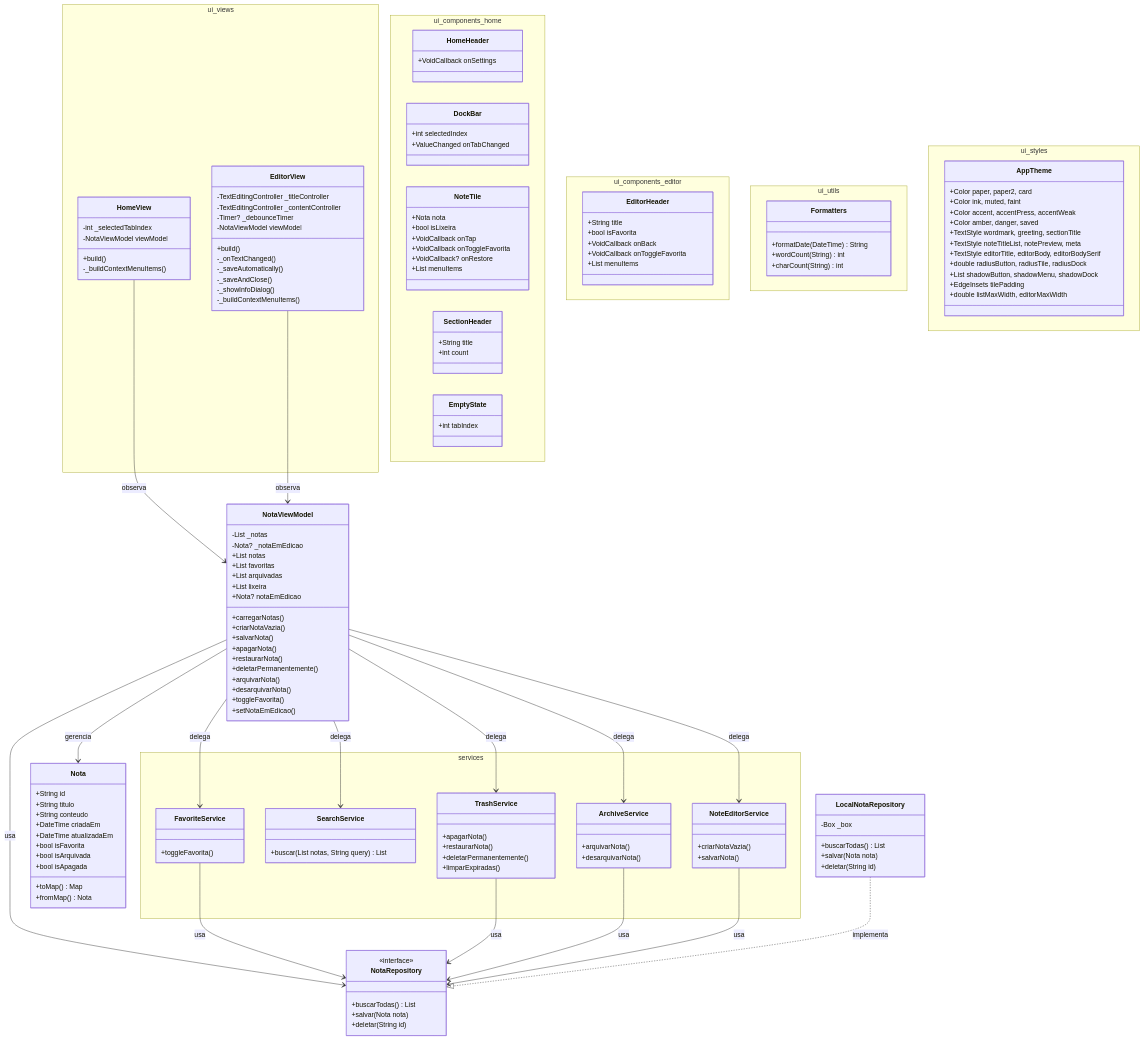
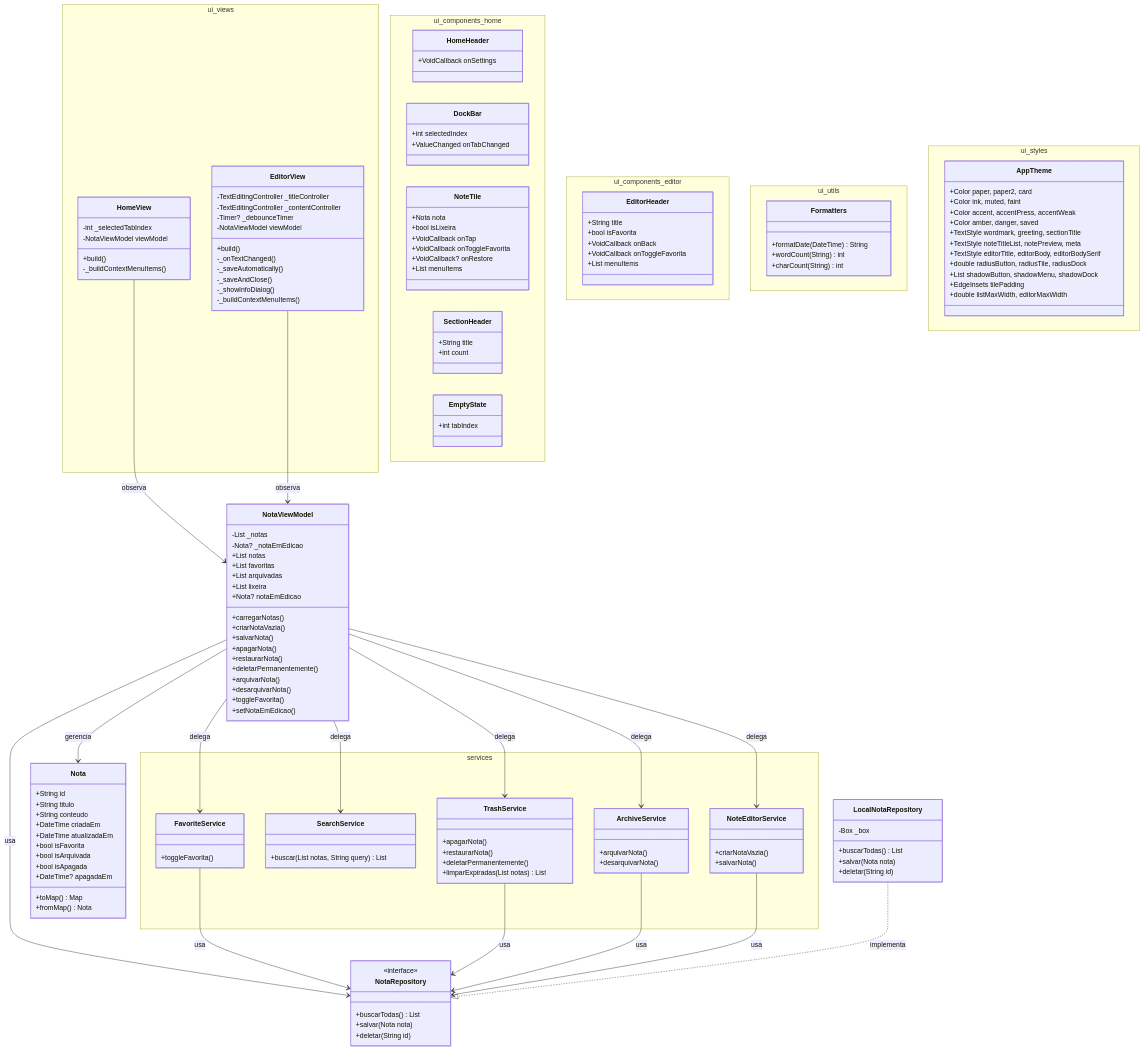
The diagram in docs/diagrama.md (rogial12/anotai), drawn with Mermaid before and after one commit. The commit also changed 3 other files, not shown here.

```diff
--- a/docs/diagrama.md
+++ b/docs/diagrama.md
@@ -13,6 +13,7 @@
         +bool isFavorita
         +bool isArquivada
         +bool isApagada
+        +DateTime? apagadaEm
         +toMap() Map
         +fromMap() Nota
     }
@@ -143,7 +144,7 @@
             +apagarNota()
             +restaurarNota()
             +deletarPermanentemente()
-            +limparExpiradas()
+            +limparExpiradas(List notas) List
         }
         class ArchiveService {
             +arquivarNota()
```
